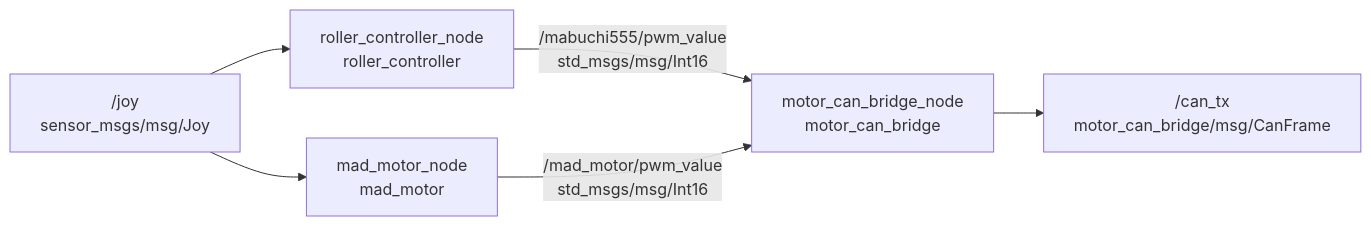
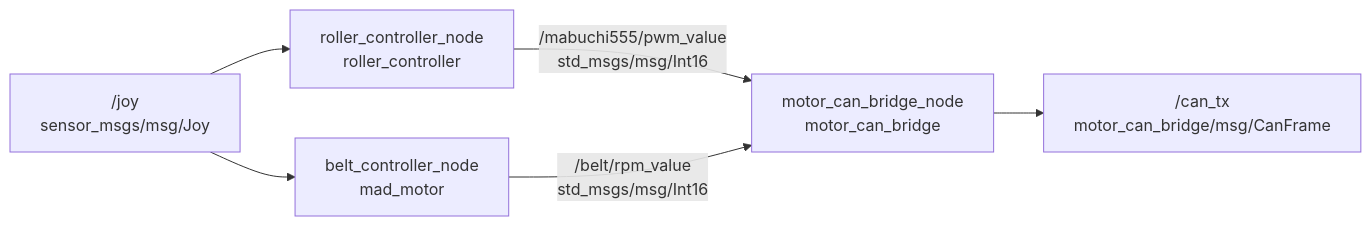
The first of 5 diagrams in ros2_ws/src/README.md (rodep-soft/rox2026), drawn with Mermaid before and after one commit. The commit also changed other lines of this file and 11 other files, not shown here.

````diff
--- a/ros2_ws/src/README.md
+++ b/ros2_ws/src/README.md
@@ -20,17 +20,17 @@
 ```mermaid
 flowchart LR
   joy["/joy<br/>sensor_msgs/msg/Joy"]
 
   roller["roller_controller_node<br/>roller_controller"]
-  mad["mad_motor_node<br/>mad_motor"]
+  mad["belt_controller_node<br/>mad_motor"]
   bridge["motor_can_bridge_node<br/>motor_can_bridge"]
   can_tx["/can_tx<br/>motor_can_bridge/msg/CanFrame"]
 
   joy --> roller
   joy --> mad
 
   roller -->|"/mabuchi555/pwm_value<br/>std_msgs/msg/Int16"| bridge
-  mad -->|"/mad_motor/pwm_value<br/>std_msgs/msg/Int16"| bridge
+  mad -->|"/belt/rpm_value<br/>std_msgs/msg/Int16"| bridge
 
   bridge --> can_tx
 ```
````
